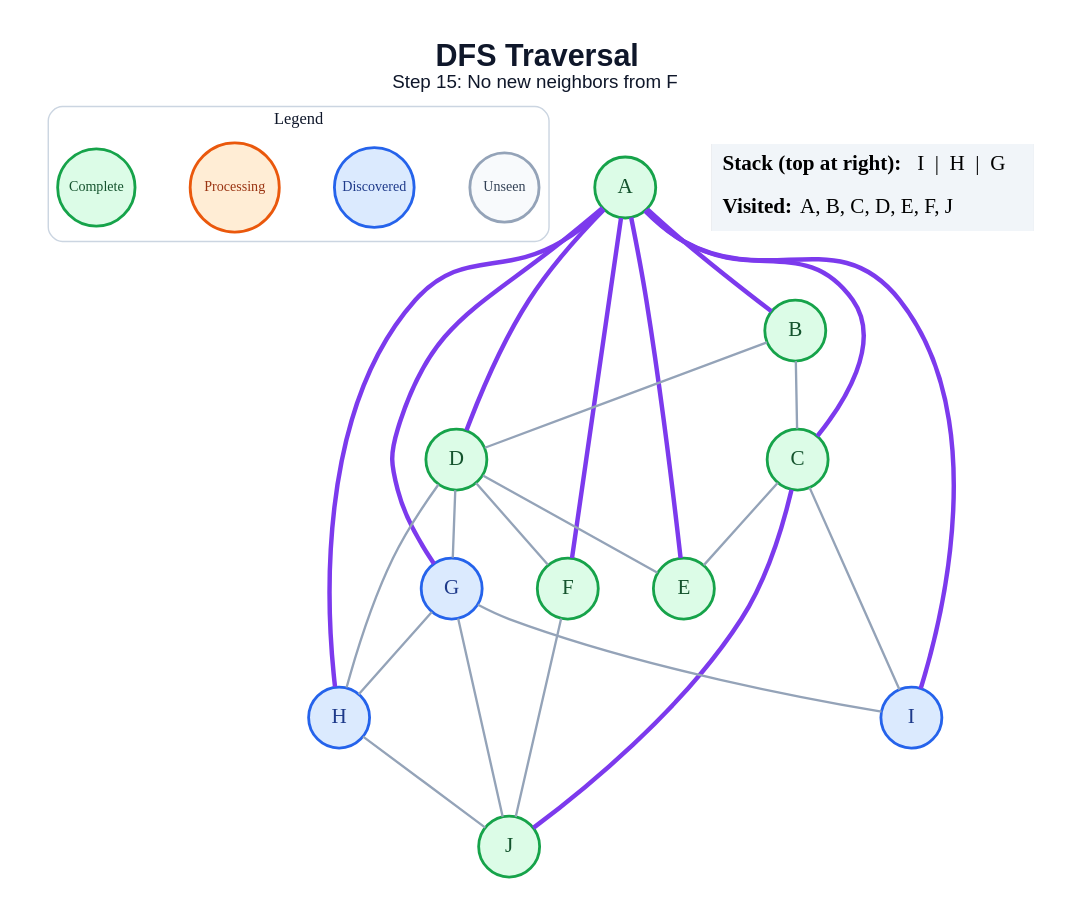
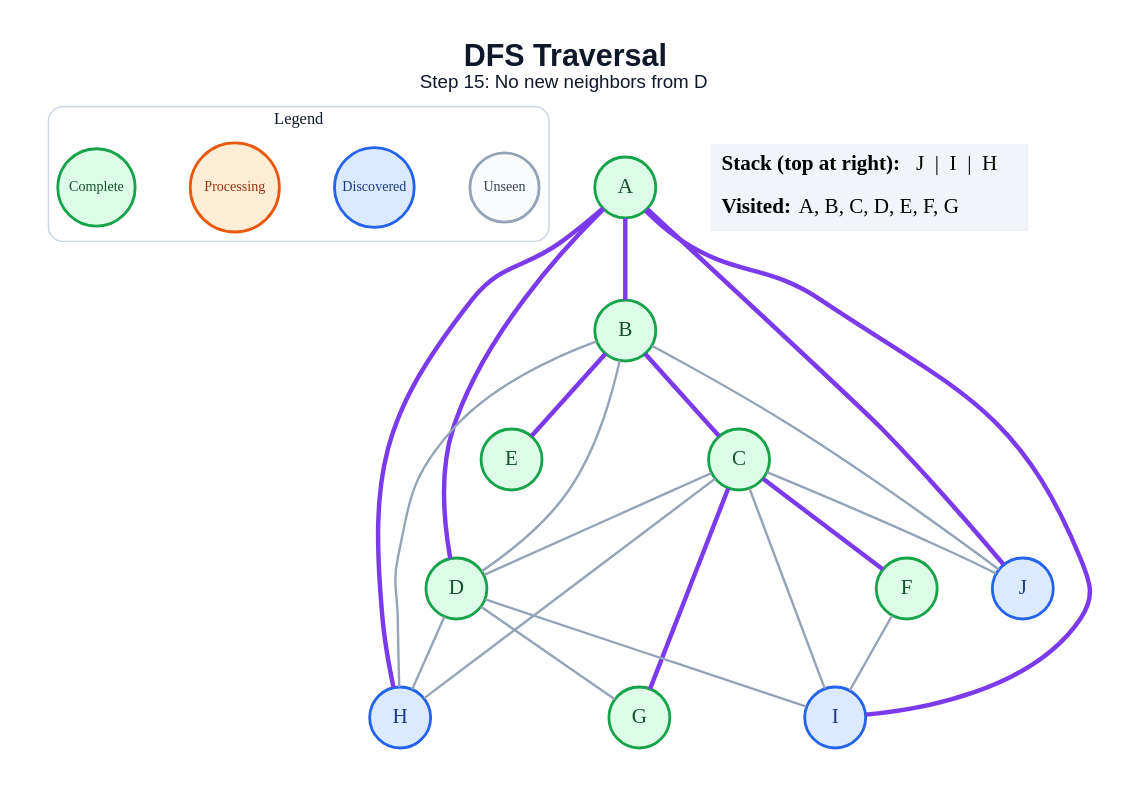
Before and after one commit to amanghodawala9/ai-slop: the diagram in generated/dfs/step_15.dot, drawn with Graphviz. The commit also changed 178 other files, not shown here.

```diff
--- a/generated/dfs/step_15.dot
+++ b/generated/dfs/step_15.dot
@@ -1,51 +1,49 @@
 graph traversal {
   graph [layout=dot, rankdir=TB, bgcolor="#FFFFFF", pad="0.35", nodesep="0.65", ranksep="0.8", fontname="Arial"];
   node [shape=circle, style="filled", fontname="Arial Bold", fontsize=18, width=0.72, fixedsize=true, penwidth=2.4];
   edge [color="#94A3B8", penwidth=2.0];
-  label=<<B>DFS Traversal</B><BR/><FONT POINT-SIZE="16">Step 15: No new neighbors from F</FONT>>; labelloc="t"; fontsize=26; fontname="Arial"; fontcolor="#0F172A";
+  label=<<B>DFS Traversal</B><BR/><FONT POINT-SIZE="16">Step 15: No new neighbors from D</FONT>>; labelloc="t"; fontsize=26; fontname="Arial"; fontcolor="#0F172A";
   subgraph cluster_legend { label="Legend"; color="#CBD5E1"; penwidth=1.2; style="rounded"; fontsize=14; fontname="Arial Bold";
     key_unseen [label="Unseen", fillcolor="#F8FAFC", color="#94A3B8", fontcolor="#334155", fontsize=12, width=0.82];
     key_frontier [label="Discovered", fillcolor="#DBEAFE", color="#2563EB", fontcolor="#1E3A8A", fontsize=12, width=0.95];
     key_current [label="Processing", fillcolor="#FFEDD5", color="#EA580C", fontcolor="#9A3412", fontsize=12, width=1.05];
     key_done [label="Complete", fillcolor="#DCFCE7", color="#16A34A", fontcolor="#14532D", fontsize=12, width=0.92];
     { rank=same; key_unseen; key_frontier; key_current; key_done; }
   }
   A [fillcolor="#DCFCE7", color="#16A34A", fontcolor="#14532D"];
   B [fillcolor="#DCFCE7", color="#16A34A", fontcolor="#14532D"];
   C [fillcolor="#DCFCE7", color="#16A34A", fontcolor="#14532D"];
   D [fillcolor="#DCFCE7", color="#16A34A", fontcolor="#14532D"];
   E [fillcolor="#DCFCE7", color="#16A34A", fontcolor="#14532D"];
   F [fillcolor="#DCFCE7", color="#16A34A", fontcolor="#14532D"];
-  G [fillcolor="#DBEAFE", color="#2563EB", fontcolor="#1E3A8A"];
+  G [fillcolor="#DCFCE7", color="#16A34A", fontcolor="#14532D"];
   H [fillcolor="#DBEAFE", color="#2563EB", fontcolor="#1E3A8A"];
   I [fillcolor="#DBEAFE", color="#2563EB", fontcolor="#1E3A8A"];
-  J [fillcolor="#DCFCE7", color="#16A34A", fontcolor="#14532D"];
+  J [fillcolor="#DBEAFE", color="#2563EB", fontcolor="#1E3A8A"];
   A -- B [color="#7C3AED", penwidth=3.8];
-  A -- C [color="#7C3AED", penwidth=3.8];
   A -- D [color="#7C3AED", penwidth=3.8];
-  A -- E [color="#7C3AED", penwidth=3.8];
-  A -- F [color="#7C3AED", penwidth=3.8];
-  A -- G [color="#7C3AED", penwidth=3.8];
   A -- H [color="#7C3AED", penwidth=3.8];
   A -- I [color="#7C3AED", penwidth=3.8];
-  B -- C;
+  A -- J [color="#7C3AED", penwidth=3.8];
+  B -- C [color="#7C3AED", penwidth=3.8];
   B -- D;
-  C -- E;
+  B -- E [color="#7C3AED", penwidth=3.8];
+  B -- H;
+  B -- J;
+  C -- D;
+  C -- F [color="#7C3AED", penwidth=3.8];
+  C -- G [color="#7C3AED", penwidth=3.8];
+  C -- H;
   C -- I;
-  C -- J [color="#7C3AED", penwidth=3.8];
-  D -- E;
-  D -- F;
+  C -- J;
   D -- G;
   D -- H;
-  F -- J;
-  G -- H;
-  G -- I;
-  G -- J;
-  H -- J;
+  D -- I;
+  F -- I;
   status [shape=plain, fixedsize=false, width=0, height=0, margin=0, label=<
     <TABLE BORDER="0" CELLBORDER="0" CELLPADDING="7" BGCOLOR="#F1F5F9">
-      <TR><TD ALIGN="LEFT"><B>Stack (top at right):</B> I  |  H  |  G</TD></TR>
-      <TR><TD ALIGN="LEFT"><B>Visited:</B> A, B, C, D, E, F, J</TD></TR>
+      <TR><TD ALIGN="LEFT"><B>Stack (top at right):</B> J  |  I  |  H</TD></TR>
+      <TR><TD ALIGN="LEFT"><B>Visited:</B> A, B, C, D, E, F, G</TD></TR>
     </TABLE>
   >];
 }
```
